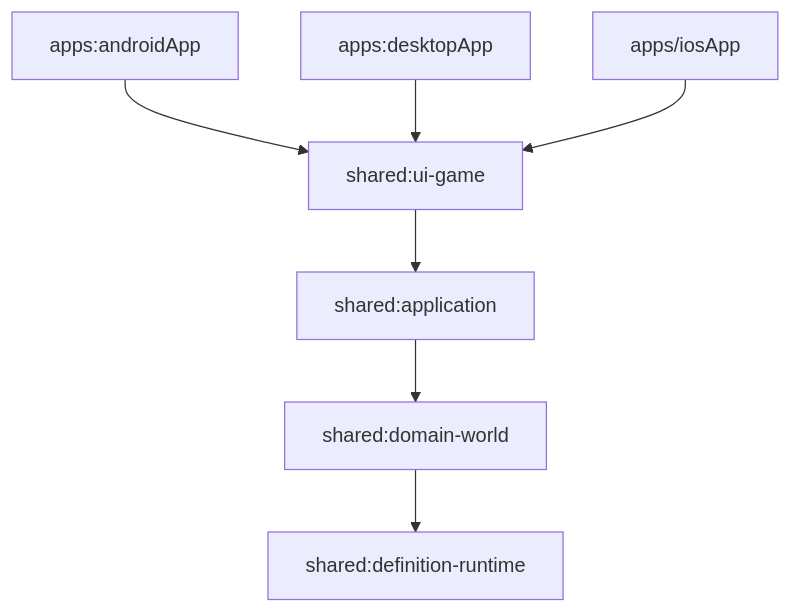
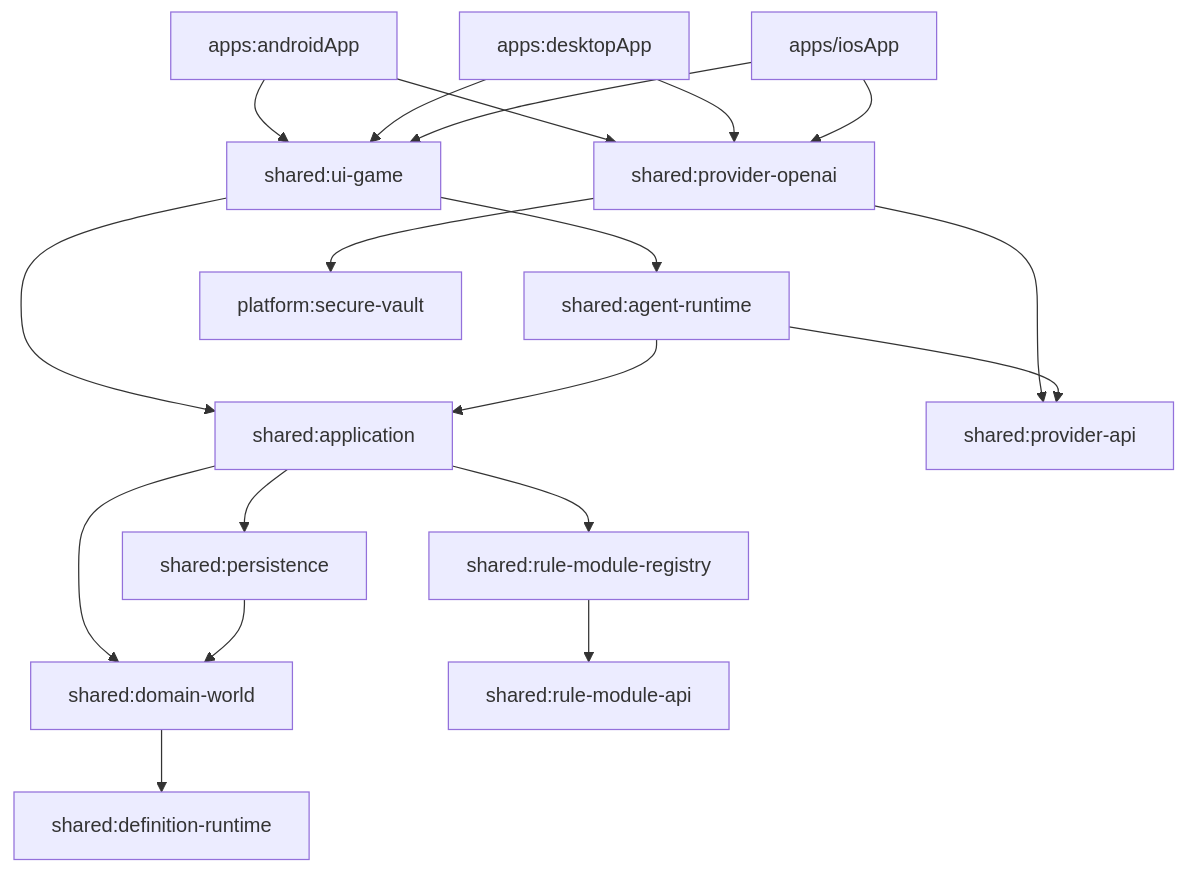
One commit to mikyan/WorldLoom changed the diagram in docs/PROJECT_INITIALIZATION.md. Above: the diagram before and after it, drawn with Mermaid. The commit also changed other lines of this file and 100 other files, not shown here.

````diff
--- a/docs/PROJECT_INITIALIZATION.md
+++ b/docs/PROJECT_INITIALIZATION.md
@@ -136,9 +153,21 @@
 ```mermaid
 flowchart TD
     Android["apps:androidApp"] --> UI["shared:ui-game"]
     Desktop["apps:desktopApp"] --> UI
     iOS["apps/iosApp"] --> UI
     UI --> App["shared:application"]
+    UI --> Agent["shared:agent-runtime"]
+    Android --> OpenAI["shared:provider-openai"]
+    Desktop --> OpenAI
+    iOS --> OpenAI
+    OpenAI --> Provider["shared:provider-api"]
+    OpenAI --> Vault["platform:secure-vault"]
+    Agent --> Provider
+    Agent --> App
     App --> World["shared:domain-world"]
+    App --> Registry["shared:rule-module-registry"]
+    App --> Persistence["shared:persistence"]
+    Registry --> ModuleAPI["shared:rule-module-api"]
+    Persistence --> World
     World --> Def["shared:definition-runtime"]
 ```
````
